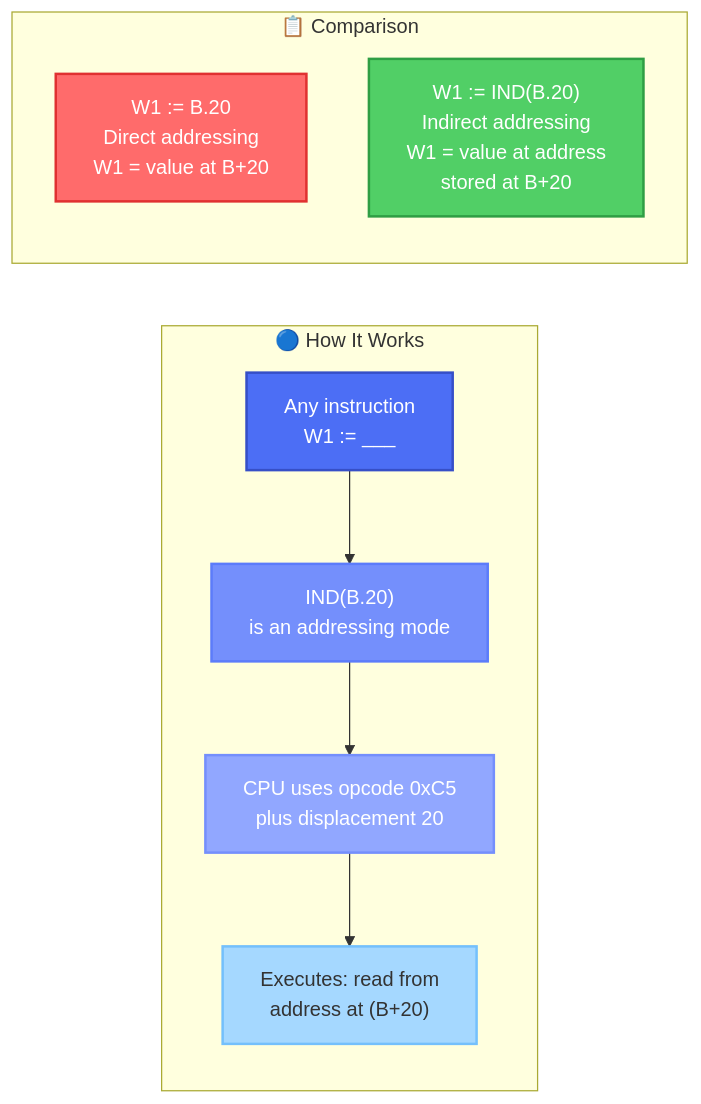
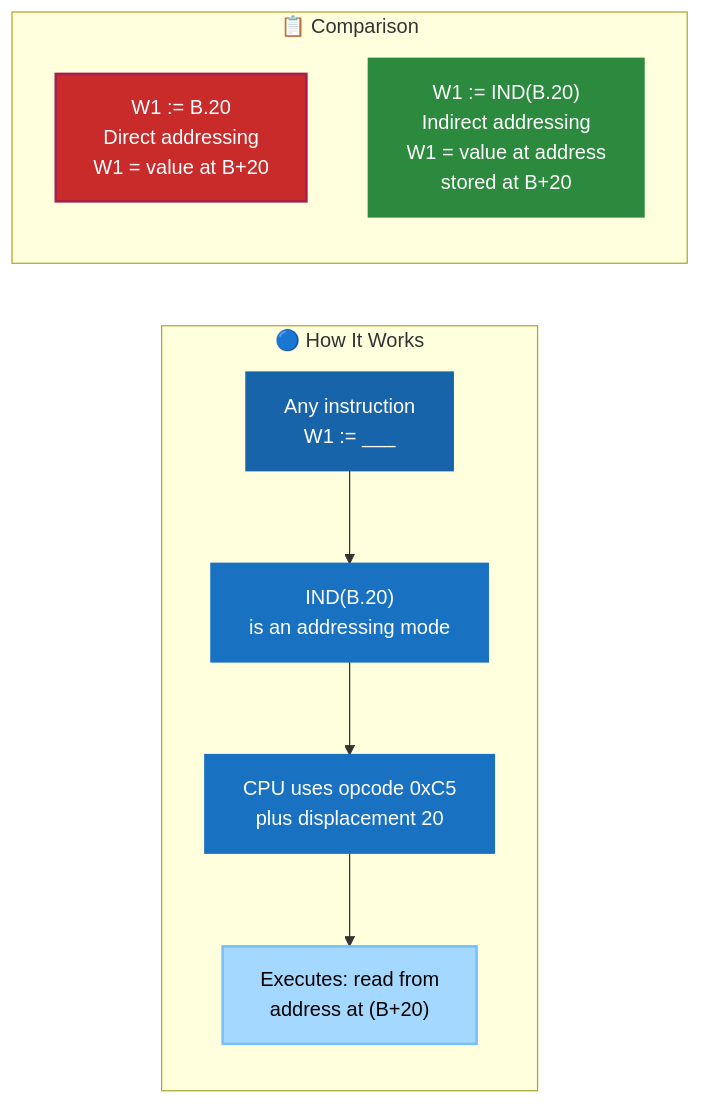
One commit to RetroCoreLabs/nd500x changed the fifth of 25 diagrams in docs/CALL_and_ENTRY_Points_Explained.md. Above: the diagram before and after it, drawn with Mermaid. The commit also changed other lines of this file, not shown here.

First line of the commit message:
docs: Make Mermaid diagrams WCAG 2.1 Level AA compliant (EAA 2025)

````diff
--- a/docs/CALL_and_ENTRY_Points_Explained.md
+++ b/docs/CALL_and_ENTRY_Points_Explained.md
@@ -162,20 +162,20 @@
 ```mermaid
 graph LR
     subgraph "🔵 How It Works"
         Instr["Any instruction<br/>W1 := ___"] --> Mode["IND(B.20)<br/>is an addressing mode"]
         Mode --> CPU["CPU uses opcode 0xC5<br/>plus displacement 20"]
         CPU --> Exec["Executes: read from<br/>address at (B+20)"]
     end
 
     subgraph "📋 Comparison"
         C1["W1 := B.20<br/>Direct addressing<br/>W1 = value at B+20"]
         C2["W1 := IND(B.20)<br/>Indirect addressing<br/>W1 = value at address<br/>stored at B+20"]
     end
 
-    style Instr fill:#4c6ef5,stroke:#364fc7,stroke-width:2px,color:#fff
-    style Mode fill:#748ffc,stroke:#5c7cfa,stroke-width:2px,color:#fff
-    style CPU fill:#91a7ff,stroke:#748ffc,stroke-width:2px,color:#fff
-    style Exec fill:#a5d8ff,stroke:#74c0fc,stroke-width:2px
-    style C1 fill:#ff6b6b,stroke:#e03131,stroke-width:2px,color:#fff
-    style C2 fill:#51cf66,stroke:#2f9e44,stroke-width:2px,color:#fff
+    style Instr fill:#1864ab,stroke:#1864ab,stroke-width:2px,color:#fff
+    style Mode fill:#1971c2,stroke:#1971c2,stroke-width:2px,color:#fff
+    style CPU fill:#1971c2,stroke:#1971c2,stroke-width:2px,color:#fff
+    style Exec fill:#a5d8ff,stroke:#74c0fc,stroke-width:2px,color:#000
+    style C1 fill:#c92a2a,stroke:#a61e4d,stroke-width:2px,color:#fff
+    style C2 fill:#2b8a3e,stroke:#2b8a3e,stroke-width:2px,color:#fff
 ```
````
